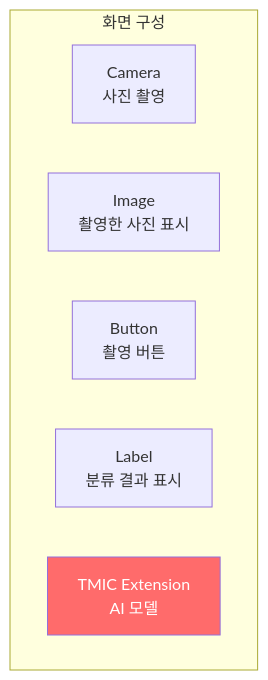
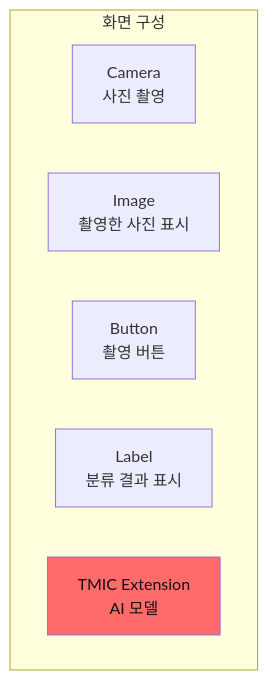
Before and after one commit to Collegenie-X/Smart_Factory_Arms_Project: the tenth of 16 diagrams in docs/07_앱인벤터_Teachable_Machine_연동가이드.md, drawn with Mermaid. The commit also changed other lines of this file and 2 other files, not shown here.

````diff
--- a/docs/07_앱인벤터_Teachable_Machine_연동가이드.md
+++ b/docs/07_앱인벤터_Teachable_Machine_연동가이드.md
@@ -436,12 +436,12 @@
 ```mermaid
 graph TB
     subgraph UI[화면 구성]
         A[Camera<br/>사진 촬영]
         B[Image<br/>촬영한 사진 표시]
         C[Button<br/>촬영 버튼]
         D[Label<br/>분류 결과 표시]
         E[TMIC Extension<br/>AI 모델]
     end
     
-    style E fill:#FF6B6B,color:#fff
+    style E fill:#FF6B6B,color:#fff,color:#111
 ```
````
